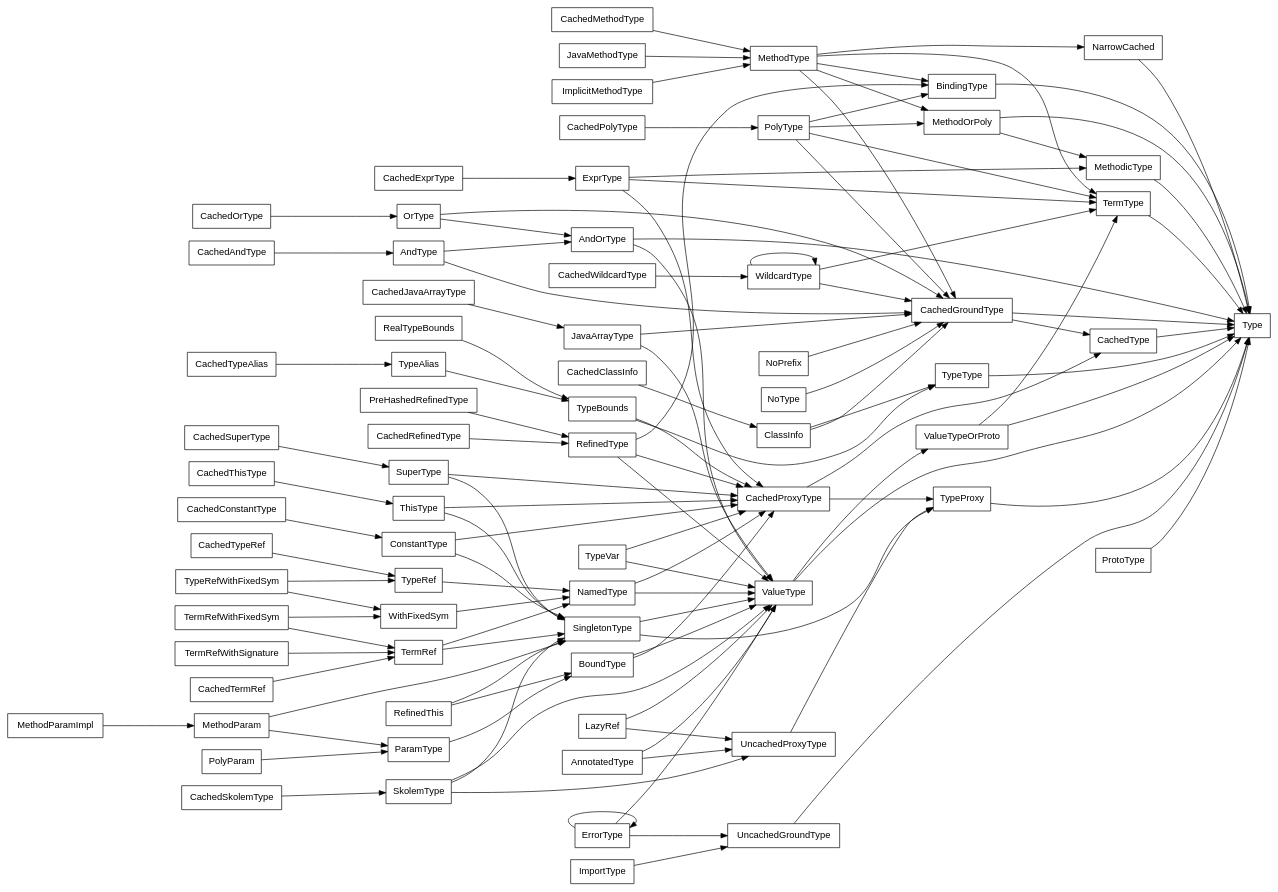
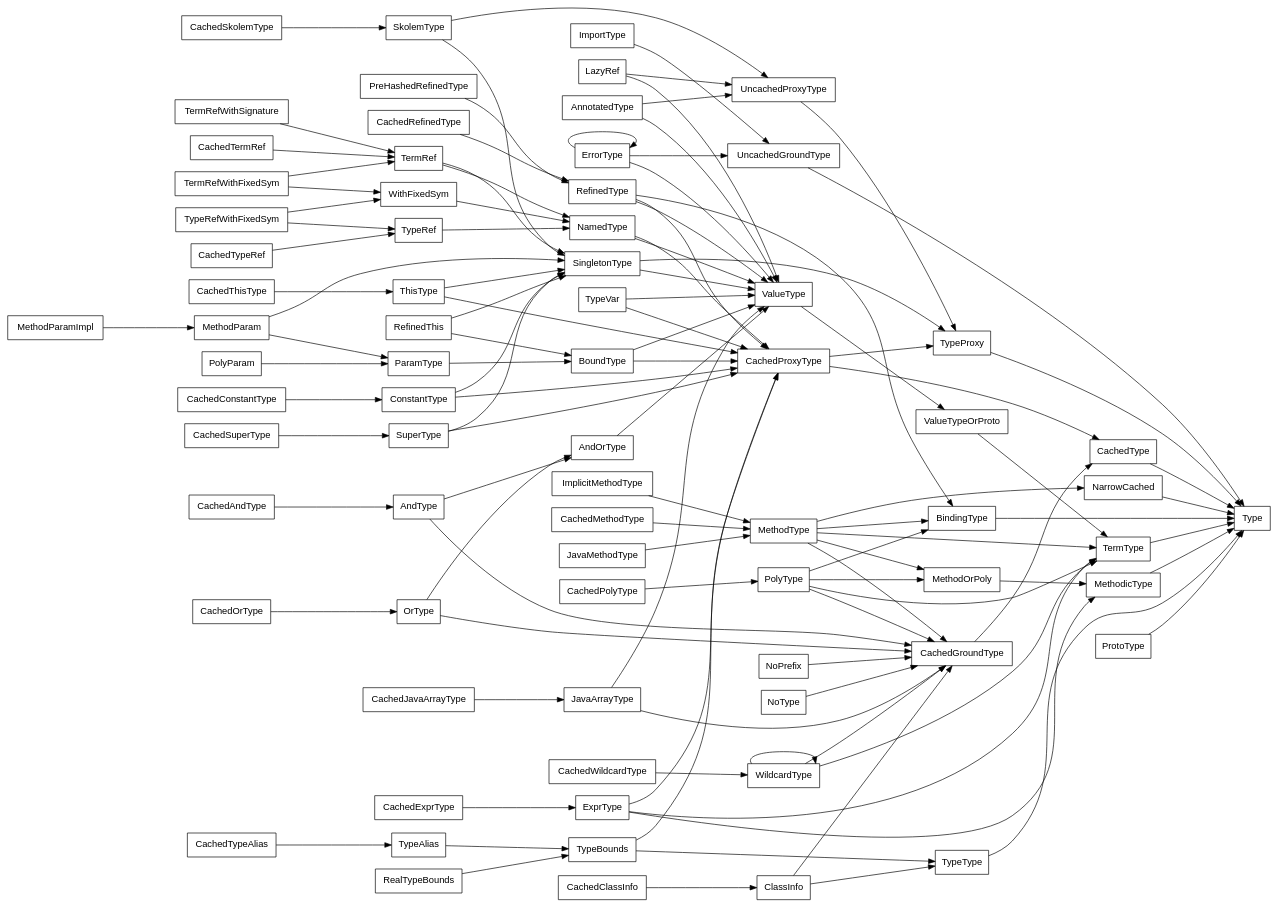
Before and after one commit to Blaisorblade/dotty-study: the diagram in type.dot, drawn with Graphviz. The commit also changed 3 other files, not shown here.

```diff
--- a/type.dot
+++ b/type.dot
@@ -1,80 +1,80 @@
 digraph Type {
   rankdir = "LR"
   ranksep = "1.5"
   node [fontname = "Helvetica", shape = "box"]
 
-  SingletonType -> { TypeProxy, ValueType }
+  SingletonType -> { TypeProxy ValueType }
   TypeAlias -> { TypeBounds }
-  OrType -> { CachedGroundType, AndOrType }
+  OrType -> { CachedGroundType AndOrType }
   NoPrefix -> { CachedGroundType }
   CachedConstantType -> { ConstantType }
-  ExprType -> { CachedProxyType, TermType, MethodicType }
+  ExprType -> { CachedProxyType TermType MethodicType }
   PolyParam -> { ParamType }
-  BoundType -> { CachedProxyType, ValueType }
-  LazyRef -> { UncachedProxyType, ValueType }
-  JavaArrayType -> { CachedGroundType, ValueType }
-  ErrorType -> { UncachedGroundType, ValueType }
+  BoundType -> { CachedProxyType ValueType }
+  LazyRef -> { UncachedProxyType ValueType }
+  JavaArrayType -> { CachedGroundType ValueType }
+  ErrorType -> { UncachedGroundType ValueType }
   UncachedProxyType -> { TypeProxy }
   TermType -> { Type }
-  PolyType -> { CachedGroundType, BindingType, TermType, MethodOrPoly }
-  CachedProxyType -> { TypeProxy, CachedType }
-  SuperType -> { CachedProxyType, SingletonType }
-  RefinedType -> { CachedProxyType, BindingType, ValueType }
+  PolyType -> { CachedGroundType BindingType TermType MethodOrPoly }
+  CachedProxyType -> { TypeProxy CachedType }
+  SuperType -> { CachedProxyType SingletonType }
+  RefinedType -> { CachedProxyType BindingType ValueType }
   CachedTypeRef -> { TypeRef }
-  ThisType -> { CachedProxyType, SingletonType }
-  TypeRefWithFixedSym -> { TypeRef, WithFixedSym }
-  TermRef -> { NamedType, SingletonType }
+  ThisType -> { CachedProxyType SingletonType }
+  TypeRefWithFixedSym -> { TypeRef WithFixedSym }
+  TermRef -> { NamedType SingletonType }
   ProtoType -> { Type }
   ParamType -> { BoundType }
   NarrowCached -> { Type }
   TypeProxy -> { Type }
   UncachedGroundType -> { Type }
   TermRefWithSignature -> { TermRef }
-  ConstantType -> { CachedProxyType, SingletonType }
-  TypeBounds -> { CachedProxyType, TypeType }
-  MethodParam -> { ParamType, SingletonType }
+  ConstantType -> { CachedProxyType SingletonType }
+  TypeBounds -> { CachedProxyType TypeType }
+  MethodParam -> { ParamType SingletonType }
   CachedAndType -> { AndType }
   CachedWildcardType -> { WildcardType }
   CachedTypeAlias -> { TypeAlias }
   RealTypeBounds -> { TypeBounds }
-  MethodType -> { CachedGroundType, BindingType, TermType, MethodOrPoly, NarrowCached }
+  MethodType -> { CachedGroundType BindingType TermType MethodOrPoly NarrowCached }
   JavaMethodType -> { MethodType }
-  CachedGroundType -> { Type, CachedType }
+  CachedGroundType -> { CachedType }
   MethodicType -> { Type }
   PreHashedRefinedType -> { RefinedType }
-  ValueType -> { Type, ValueTypeOrProto }
+  ValueType -> { ValueTypeOrProto }
   CachedExprType -> { ExprType }
   CachedClassInfo -> { ClassInfo }
   CachedRefinedType -> { RefinedType }
   CachedSkolemType -> { SkolemType }
   MethodParamImpl -> { MethodParam }
   WildcardType -> { WildcardType }
   TypeRef -> { NamedType }
   WithFixedSym -> { NamedType }
-  TypeVar -> { CachedProxyType, ValueType }
-  TermRefWithFixedSym -> { TermRef, WithFixedSym }
+  TypeVar -> { CachedProxyType ValueType }
+  TermRefWithFixedSym -> { TermRef WithFixedSym }
   CachedType -> { Type }
   TypeType -> { Type }
   ImplicitMethodType -> { MethodType }
-  WildcardType -> { CachedGroundType, TermType }
+  WildcardType -> { CachedGroundType TermType }
   CachedSuperType -> { SuperType }
-  AndType -> { CachedGroundType, AndOrType }
+  AndType -> { CachedGroundType AndOrType }
   NoType -> { CachedGroundType }
   CachedPolyType -> { PolyType }
-  MethodOrPoly -> { Type, MethodicType }
+  MethodOrPoly -> { MethodicType }
   CachedThisType -> { ThisType }
-  AndOrType -> { Type, ValueType }
+  AndOrType -> { ValueType }
   ErrorType -> { ErrorType }
   CachedJavaArrayType -> { JavaArrayType }
-  SkolemType -> { UncachedProxyType, ValueType, SingletonType }
+  SkolemType -> { UncachedProxyType SingletonType }
   ImportType -> { UncachedGroundType }
   CachedTermRef -> { TermRef }
   BindingType -> { Type }
   CachedOrType -> { OrType }
-  NamedType -> { CachedProxyType, ValueType }
-  RefinedThis -> { BoundType, SingletonType }
-  AnnotatedType -> { UncachedProxyType, ValueType }
-  ClassInfo -> { CachedGroundType, TypeType }
+  NamedType -> { CachedProxyType ValueType }
+  RefinedThis -> { BoundType SingletonType }
+  AnnotatedType -> { UncachedProxyType ValueType }
+  ClassInfo -> { CachedGroundType TypeType }
   CachedMethodType -> { MethodType }
-  ValueTypeOrProto -> { Type, TermType }
+  ValueTypeOrProto -> { TermType }
 }
```
